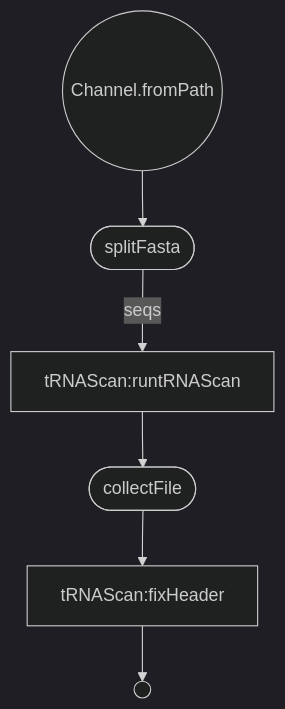
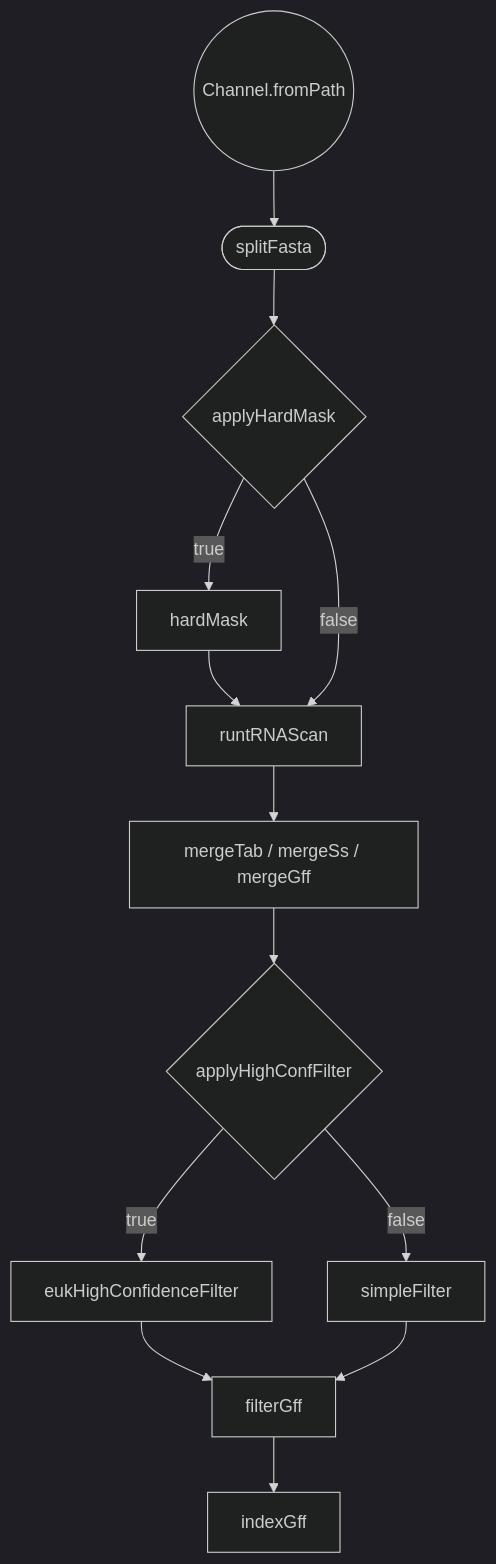
Before and after one commit to VEuPathDB/trna-scan-nextflow: the diagram in README.md, drawn with Mermaid (dark theme). The commit also changed other lines of this file and 9 other files, not shown here.

First line of the commit message:
Replace hand-rolled filter with tRNAscan-SE EukHighConfidenceFilter (#4)

````diff
--- a/README.md
+++ b/README.md
@@ -5,14 +5,23 @@
 ```mermaid
 flowchart TD
     p0((Channel.fromPath))
     p1([splitFasta])
-    p2[tRNAScan:runtRNAScan]
-    p3([collectFile])
-    p4[tRNAScan:fixHeader]
-    p5(( ))
-    p0 --> p1
-    p1 -->|seqs| p2
-    p2 --> p3
-    p3 --> p4
-    p4 --> p5
+    p2{applyHardMask}
+    p3[hardMask]
+    p4[runtRNAScan]
+    p5[mergeTab / mergeSs / mergeGff]
+    p6{applyHighConfFilter}
+    p7[eukHighConfidenceFilter]
+    p8[simpleFilter]
+    p9[filterGff]
+    p10[indexGff]
+    p0 --> p1 --> p2
+    p2 -->|true| p3 --> p4
+    p2 -->|false| p4
+    p4 --> p5 --> p6
+    p6 -->|true| p7
+    p6 -->|false| p8
+    p7 --> p9
+    p8 --> p9
+    p9 --> p10
 ```
````
